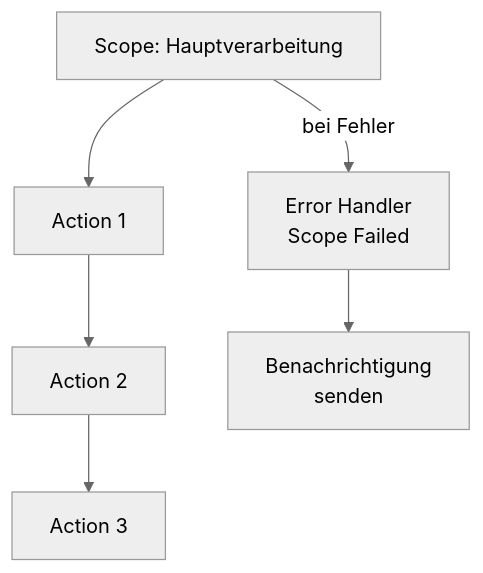
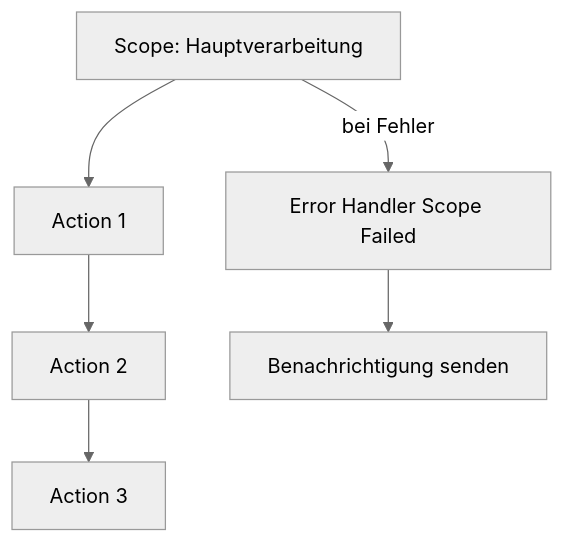
The fourth of 6 diagrams in Microsoft 365/Azure/Integration und Messaging/Azure Logic Apps.md (SoniiiT/notes-n-docs), drawn with Mermaid (neutral theme) before and after one commit. The commit also changed other lines of this file and 124 other files, not shown here.

First line of the commit message:
fix: Entferne \n aus allen Mermaid-Diagrammen (125 Dateien)

````diff
--- a/Microsoft 365/Azure/Integration und Messaging/Azure Logic Apps.md
+++ b/Microsoft 365/Azure/Integration und Messaging/Azure Logic Apps.md
@@ -218,8 +218,8 @@
 ```mermaid
 flowchart TD
     Scope[Scope: Hauptverarbeitung] --> A1[Action 1]
     A1 --> A2[Action 2]
     A2 --> A3[Action 3]
-    Scope -- bei Fehler --> EH[Error Handler\nScope Failed]
-    EH --> N[Benachrichtigung\nsenden]
+    Scope -- bei Fehler --> EH[Error Handler Scope Failed]
+    EH --> N[Benachrichtigung senden]
 ```
````
